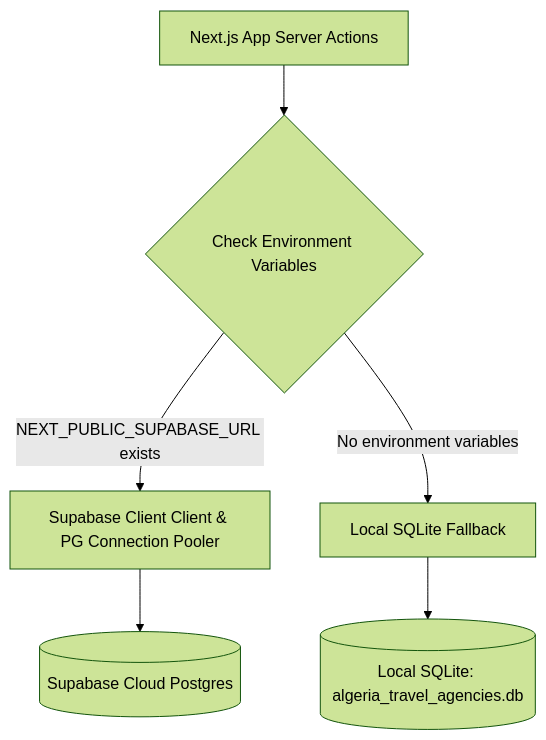
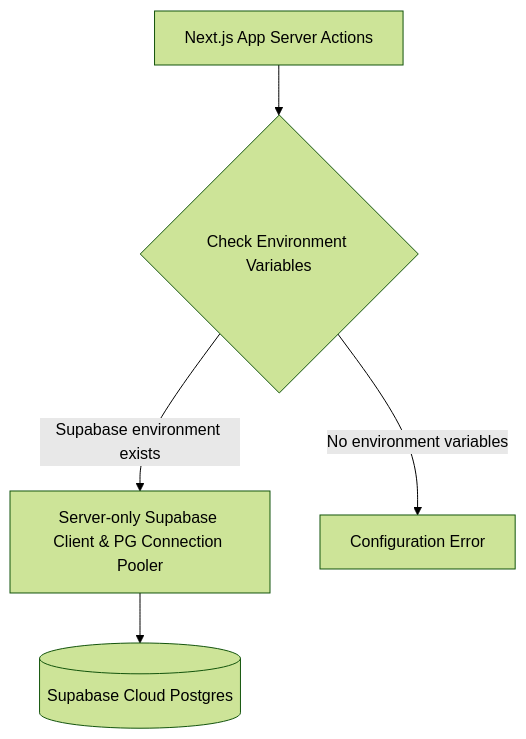
One commit to castarokio/crm changed the diagram in DATABASE_ARCHITECTURE.md. Above: the diagram before and after it, drawn with Mermaid (forest theme). The commit also changed other lines of this file and 17 other files, not shown here.

````diff
--- a/DATABASE_ARCHITECTURE.md
+++ b/DATABASE_ARCHITECTURE.md
@@ -11,8 +11,7 @@
 ```mermaid
 flowchart TD
     A[Next.js App Server Actions] --> B{Check Environment Variables}
-    B -- NEXT_PUBLIC_SUPABASE_URL exists --> C[Supabase Client Client & PG Connection Pooler]
-    B -- No environment variables --> D[Local SQLite Fallback]
+    B -- Supabase environment exists --> C[Server-only Supabase Client & PG Connection Pooler]
+    B -- No environment variables --> D[Configuration Error]
     C --> E[(Supabase Cloud Postgres)]
-    D --> F[(Local SQLite: algeria_travel_agencies.db)]
 ```
````
